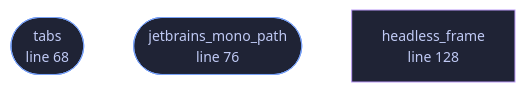
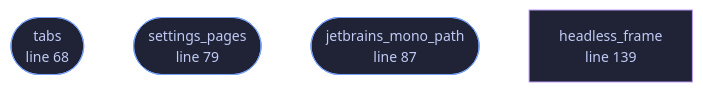
The diagram in docs/files/veilvoice-gui/lib.md (tilas01/veilvoice), drawn with Mermaid before and after one commit. The commit also changed other lines of this file and 121 other files, not shown here.

````diff
--- a/docs/files/veilvoice-gui/lib.md
+++ b/docs/files/veilvoice-gui/lib.md
@@ -105,14 +106,16 @@
 ```mermaid
 %%{init: {"theme":"base","themeVariables":{"background":"#1a1b26","primaryColor":"#1f2335","primaryTextColor":"#c0caf5","primaryBorderColor":"#7aa2f7","secondaryColor":"#16161e","tertiaryColor":"#16161e","lineColor":"#737aa2","textColor":"#c0caf5","mainBkg":"#1f2335","nodeBorder":"#7aa2f7","clusterBkg":"#16161e","clusterBorder":"#2f3549","fontFamily":"ui-monospace, SFMono-Regular, Consolas, monospace","fontSize":"14px"}}}%%
 flowchart TD
     n_tabs(["tabs<br/>line 68"])
-    n_jetbrains_mono_path(["jetbrains_mono_path<br/>line 76"])
-    n_headless_frame["headless_frame<br/>line 128"]
+    n_settings_pages(["settings_pages<br/>line 79"])
+    n_jetbrains_mono_path(["jetbrains_mono_path<br/>line 87"])
+    n_headless_frame["headless_frame<br/>line 139"]
     click n_tabs href "https://github.com/tilas01/veilvoice/blob/main/crates/veilvoice-gui/src/lib.rs#L68" "open the source"
-    click n_jetbrains_mono_path href "https://github.com/tilas01/veilvoice/blob/main/crates/veilvoice-gui/src/lib.rs#L76" "open the source"
-    click n_headless_frame href "https://github.com/tilas01/veilvoice/blob/main/crates/veilvoice-gui/src/lib.rs#L128" "open the source"
+    click n_settings_pages href "https://github.com/tilas01/veilvoice/blob/main/crates/veilvoice-gui/src/lib.rs#L79" "open the source"
+    click n_jetbrains_mono_path href "https://github.com/tilas01/veilvoice/blob/main/crates/veilvoice-gui/src/lib.rs#L87" "open the source"
+    click n_headless_frame href "https://github.com/tilas01/veilvoice/blob/main/crates/veilvoice-gui/src/lib.rs#L139" "open the source"
     classDef entry fill:#1f2335,stroke:#7aa2f7,color:#c0caf5
-    class n_tabs,n_jetbrains_mono_path entry
+    class n_tabs,n_settings_pages,n_jetbrains_mono_path entry
     classDef helper fill:#1f2335,stroke:#bb9af7,color:#c0caf5
     class n_headless_frame helper
 ```
````
